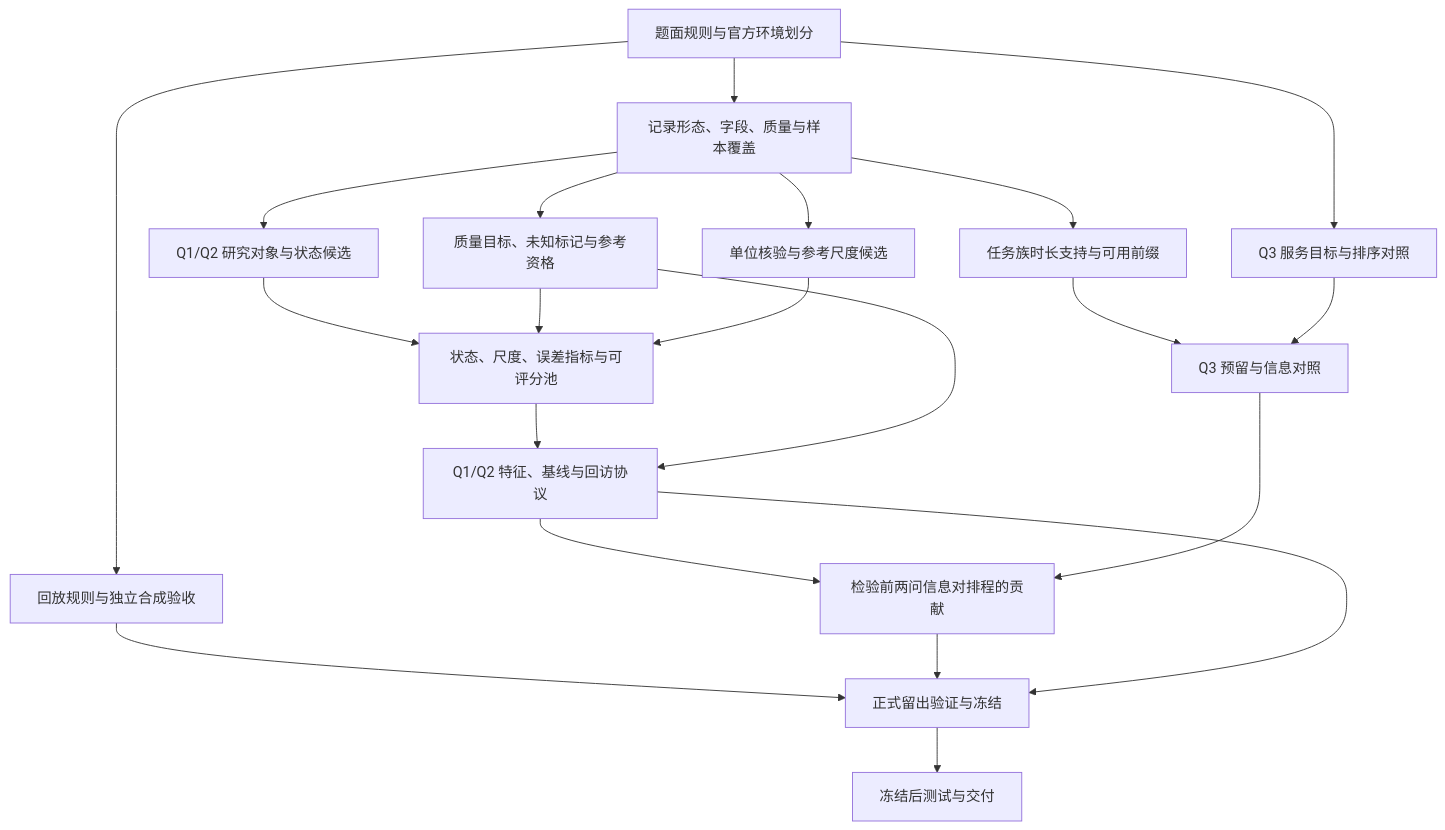
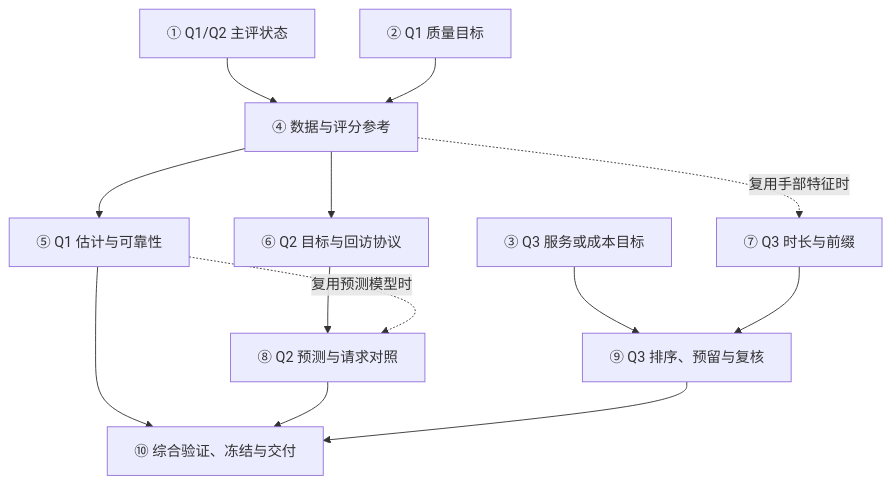
The diagram in docs/C题决策依赖图.md (wzu-inet-lab-grads-2025/SWBMCM2026), drawn with Mermaid before and after one commit. The commit also changed other lines of this file and 1 other file, not shown here.

````diff
--- a/docs/C题决策依赖图.md
+++ b/docs/C题决策依赖图.md
@@ -5,23 +9,15 @@
 ```mermaid
 flowchart TD
-  R[题面规则与官方环境划分] --> A[记录形态、字段、质量与样本覆盖]
-  A --> S[Q1/Q2 研究对象与状态候选]
-  A --> Q[质量目标、未知标记与参考资格]
-  A --> U[单位核验与参考尺度候选]
-  S --> M[状态、尺度、误差指标与可评分池]
-  Q --> M
-  U --> M
-  M --> B[Q1/Q2 特征、基线与回访协议]
-  Q --> B
-  R --> G[Q3 服务目标与排序对照]
-  A --> T[任务族时长支持与可用前缀]
-  T --> P[Q3 预留与信息对照]
-  G --> P
-  B --> I[检验前两问信息对排程的贡献]
-  P --> I
-  R --> E[回放规则与独立合成验收]
-  E --> V[正式留出验证与冻结]
-  I --> V
-  B --> V
-  V --> F[冻结后测试与交付]
+  A[① Q1/Q2 主评状态] --> D[④ 数据与评分参考]
+  B[② Q1 质量目标] --> D
+  D --> E[⑤ Q1 估计与可靠性]
+  D --> F[⑥ Q2 目标与回访协议]
+  F --> H[⑧ Q2 预测与请求对照]
+  C[③ Q3 服务或成本目标] --> I[⑨ Q3 排序、预留与复核]
+  G[⑦ Q3 时长与前缀] --> I
+  D -. 复用手部特征时 .-> G
+  E -. 复用预测模型时 .-> H
+  E --> J[⑩ 综合验证、冻结与交付]
+  H --> J
+  I --> J
 ```
````
